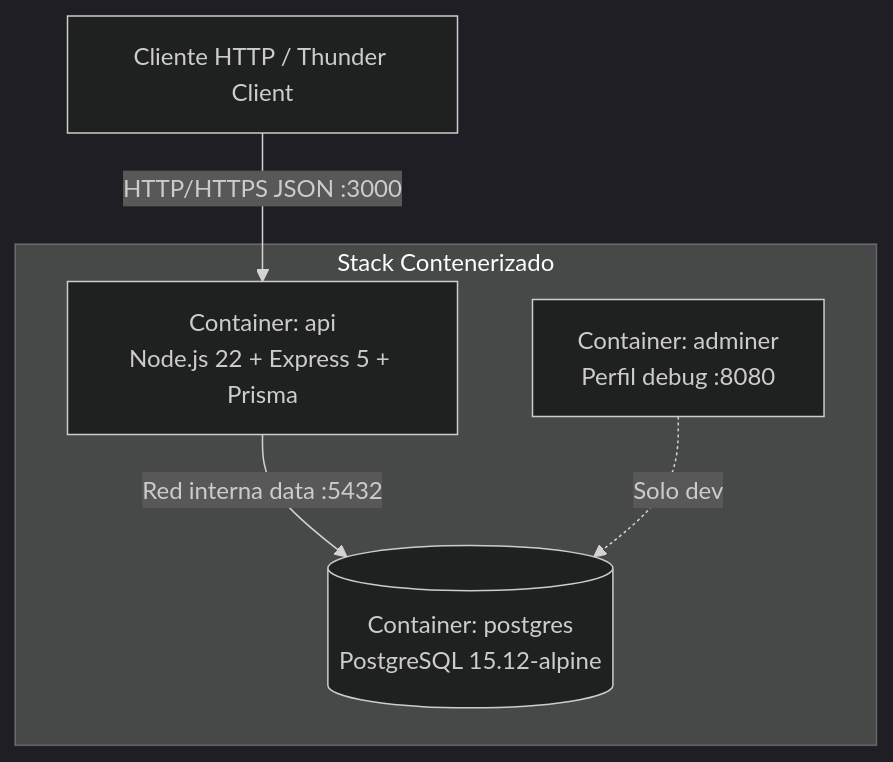
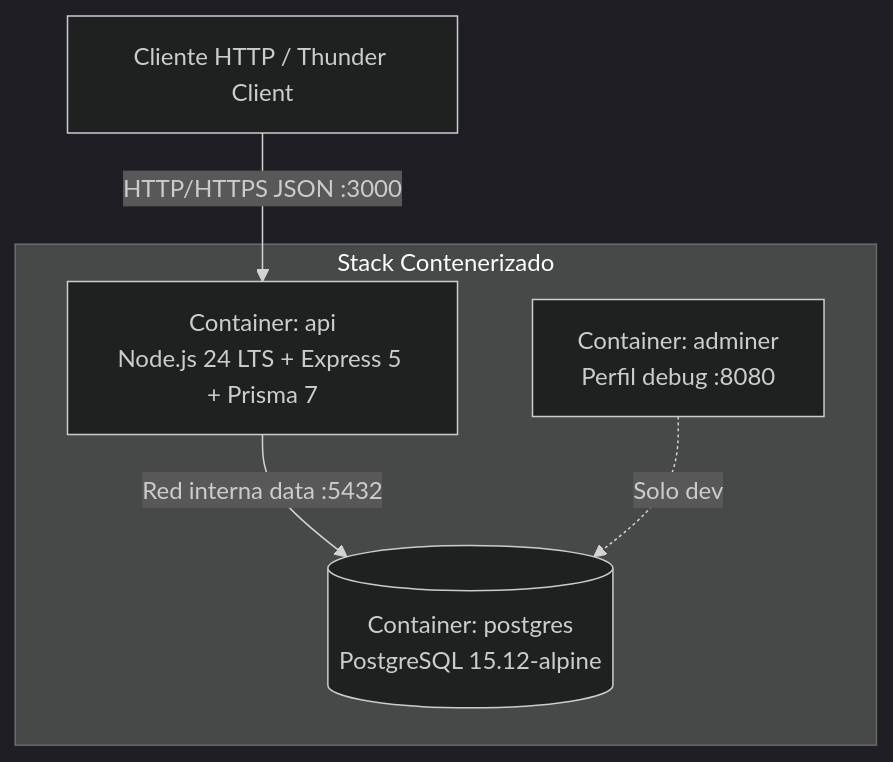
Before and after one commit to zgfnicolas/recetaria: the second of 2 diagrams in docs/sad.md, drawn with Mermaid (dark theme). The commit also changed other lines of this file and 36 other files, not shown here.

Commit message:
chore(architecture): alinea especificaciones y stack con el TP integrador

````diff
--- a/docs/sad.md
+++ b/docs/sad.md
@@ -32,8 +32,8 @@
 ```mermaid
 flowchart TB
   Client[Cliente HTTP / Thunder Client] -->|HTTP/HTTPS JSON :3000| API
   subgraph Docker_Compose [Stack Contenerizado]
-    API[Container: api<br/>Node.js 22 + Express 5 + Prisma] -->|Red interna data :5432| PG[(Container: postgres<br/>PostgreSQL 15.12-alpine)]
+    API[Container: api<br/>Node.js 24 LTS + Express 5 + Prisma 7] -->|Red interna data :5432| PG[(Container: postgres<br/>PostgreSQL 15.12-alpine)]
     Adminer[Container: adminer<br/>Perfil debug :8080] -.->|Solo dev| PG
   end
 ```
````
